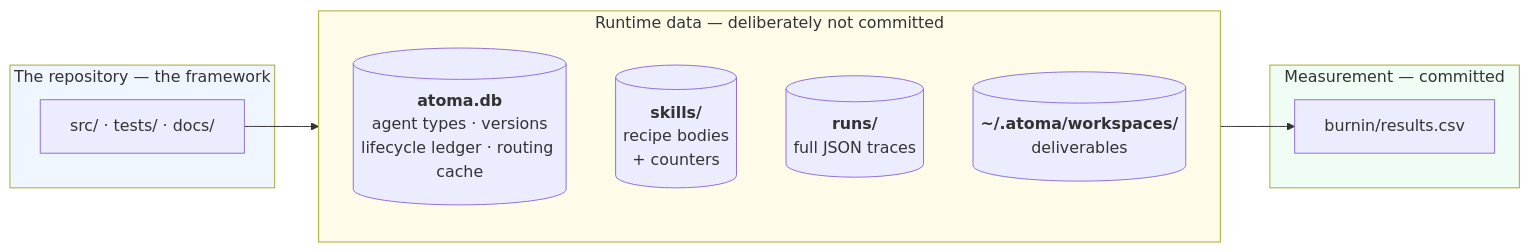
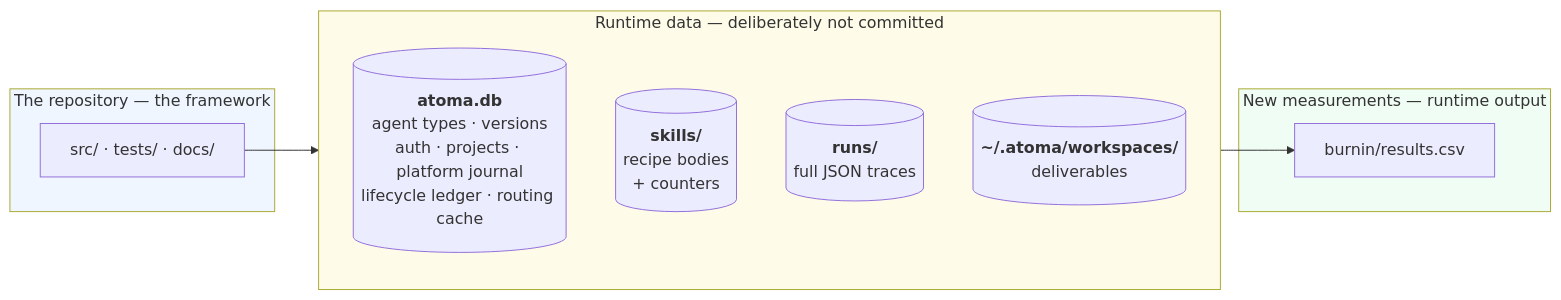
One commit to mgtf/atoma changed the sixth of 6 diagrams in docs/how-it-works.md. Above: the diagram before and after it, drawn with Mermaid. The commit also changed other lines of this file and 7 other files, not shown here.

````diff
--- a/docs/how-it-works.md
+++ b/docs/how-it-works.md
@@ -351,20 +413,20 @@
 ```mermaid
 graph LR
     subgraph REPO["The repository — the framework"]
         SRC["src/ · tests/ · docs/"]
     end
     subgraph DATA["Runtime data — deliberately not committed"]
-        DB[("<b>atoma.db</b><br/>agent types · versions<br/>lifecycle ledger · routing cache")]
+        DB[("<b>atoma.db</b><br/>agent types · versions<br/>auth · projects · platform journal<br/>lifecycle ledger · routing cache")]
         SK[("<b>skills/</b><br/>recipe bodies<br/>+ counters")]
         TR[("<b>runs/</b><br/>full JSON traces")]
         WS[("<b>~/.atoma/workspaces/</b><br/>deliverables")]
     end
-    subgraph MEAS["Measurement — committed"]
+    subgraph MEAS["New measurements — runtime output"]
         CSV["burnin/results.csv"]
     end
     SRC --> DATA
     DATA --> CSV
     style REPO fill:#eff6ff
     style DATA fill:#fefce8
     style MEAS fill:#f0fdf4
 ```
````
